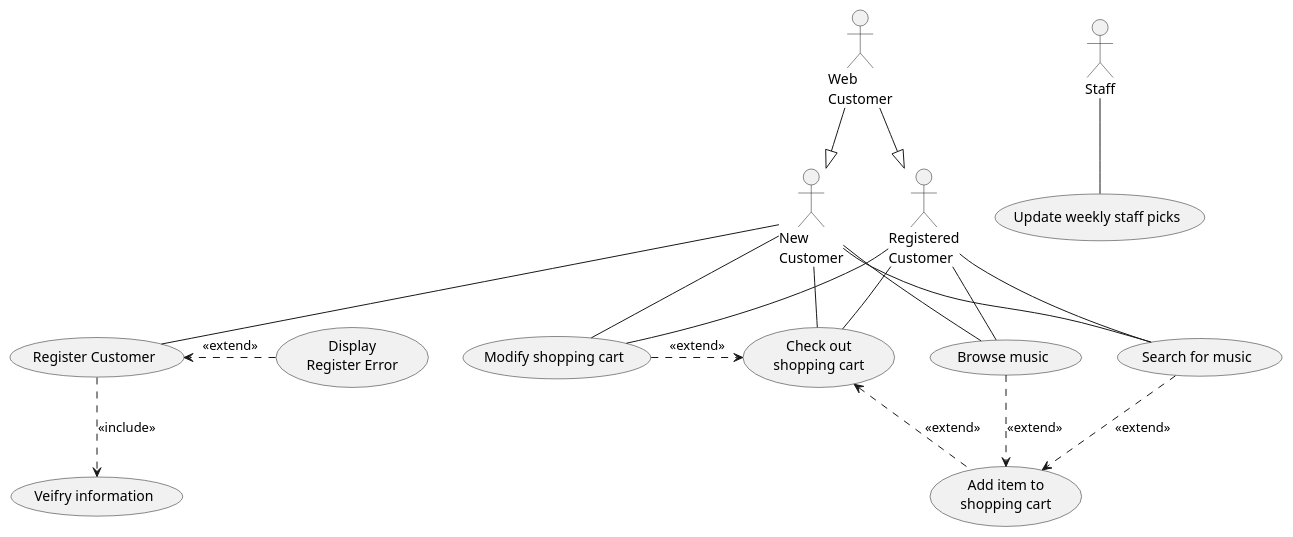
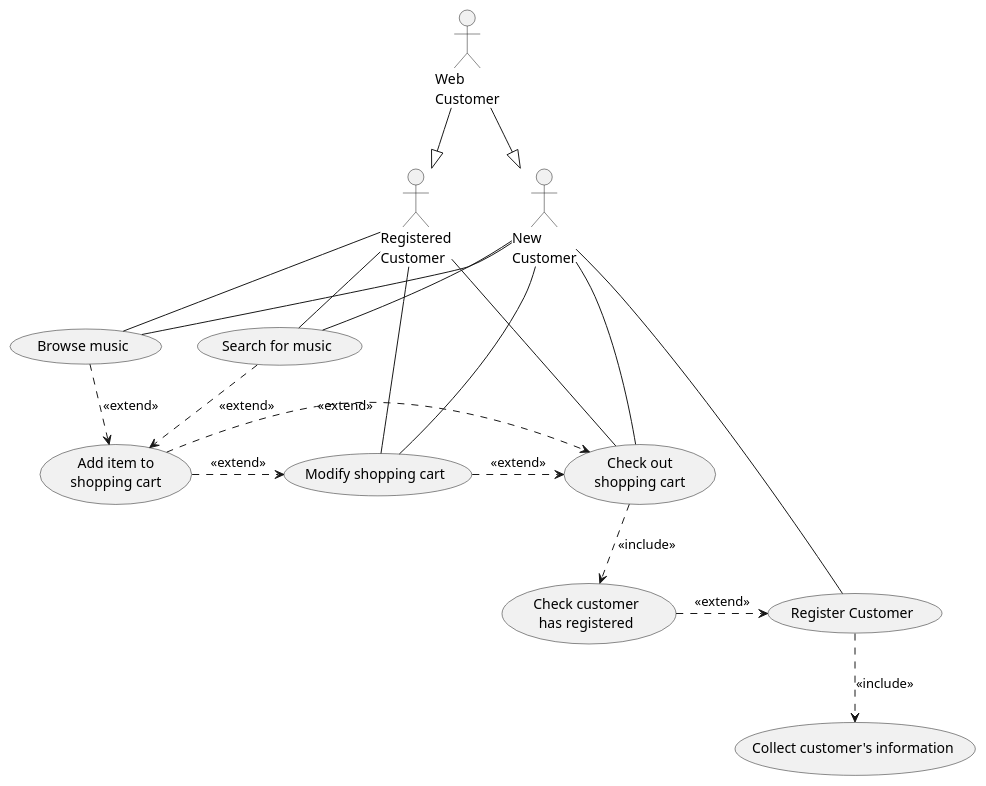
The diagram in milestone2/onlineshopping.puml (shaystevens/INFO201-assignments), drawn with PlantUML before and after one commit.

Commit message:
fixed online shopping use case

```diff
--- a/milestone2/onlineshopping.puml
+++ b/milestone2/onlineshopping.puml
@@ -1,36 +1,35 @@
 @startuml onlineshopping
 actor :Registered\nCustomer: as RegisteredCustomer
 actor :New\nCustomer: as NewCustomer
 actor :Web\nCustomer: as WebCustomer
-actor :Staff: as Staff
 
 usecase (Search for music) as SearchForMusic
 usecase (Browse music) as BrowseMusic
 usecase (Add item to\nshopping cart) as AddItem
 usecase (Modify shopping cart) as ModifyCart
 usecase (Check out\nshopping cart) as Checkout 
 usecase (Register Customer) as RegisterCustomer 
-usecase (Update weekly staff picks) as StaffPicks
-usecase (Veifry information) as Verify
-usecase (Display\nRegister Error) as RegisterError
+usecase (Collect customer's information) as CollectCustomerInformation
+usecase (Check customer\nhas registered) as checkregister
 
 NewCustomer -- RegisterCustomer
 RegisteredCustomer -- BrowseMusic
 NewCustomer -- BrowseMusic
 RegisteredCustomer -- SearchForMusic
 NewCustomer -- SearchForMusic
+AddItem .> Checkout : <<extend>>
 SearchForMusic ..> AddItem : <<extend>>
 BrowseMusic .> AddItem : <<extend>>
 RegisteredCustomer -- ModifyCart 
 NewCustomer -- ModifyCart
 ModifyCart .> Checkout : <<extend>>
-Checkout <. AddItem: <<extend>>
+AddItem .> ModifyCart : <<extend>>
 NewCustomer -- Checkout
 RegisteredCustomer -- Checkout
 WebCustomer --|> RegisteredCustomer
 WebCustomer --|> NewCustomer
-Staff -- StaffPicks
-RegisterCustomer ..> Verify : <<include>>
-RegisterError .> RegisterCustomer : <<extend>>
+RegisterCustomer ..> CollectCustomerInformation : <<include>>
+Checkout ..> checkregister : <<include>>
+checkregister .> RegisterCustomer : <<extend>>
 
 @enduml
```
